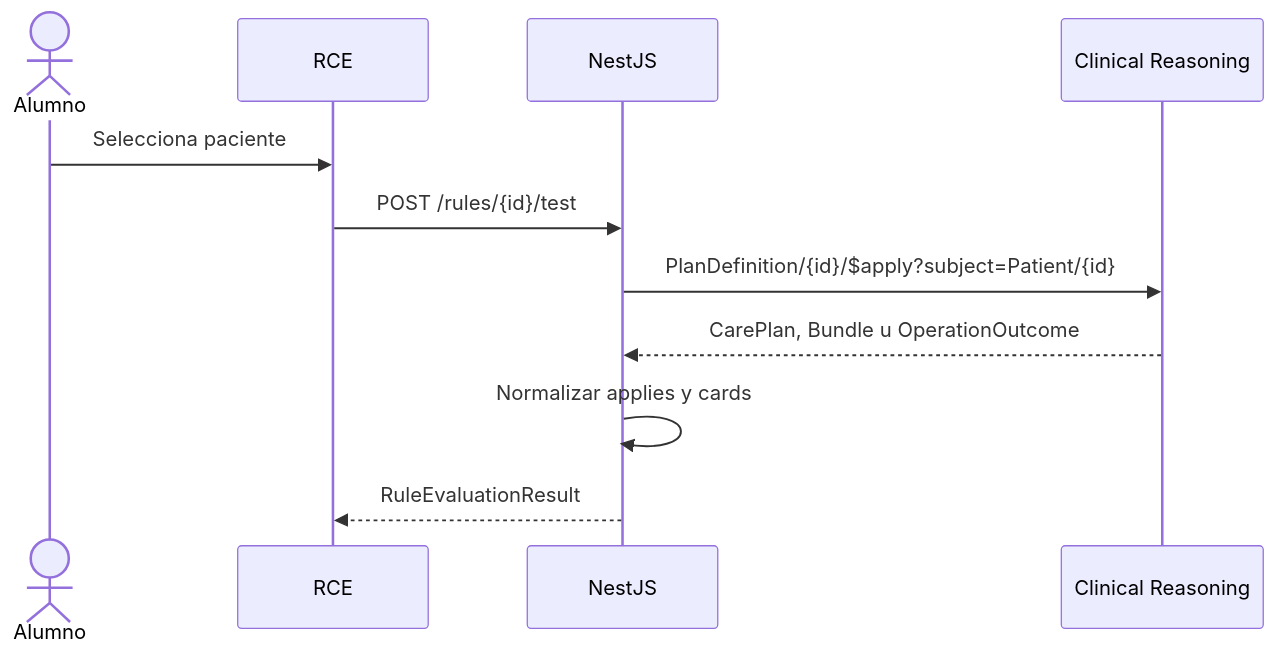
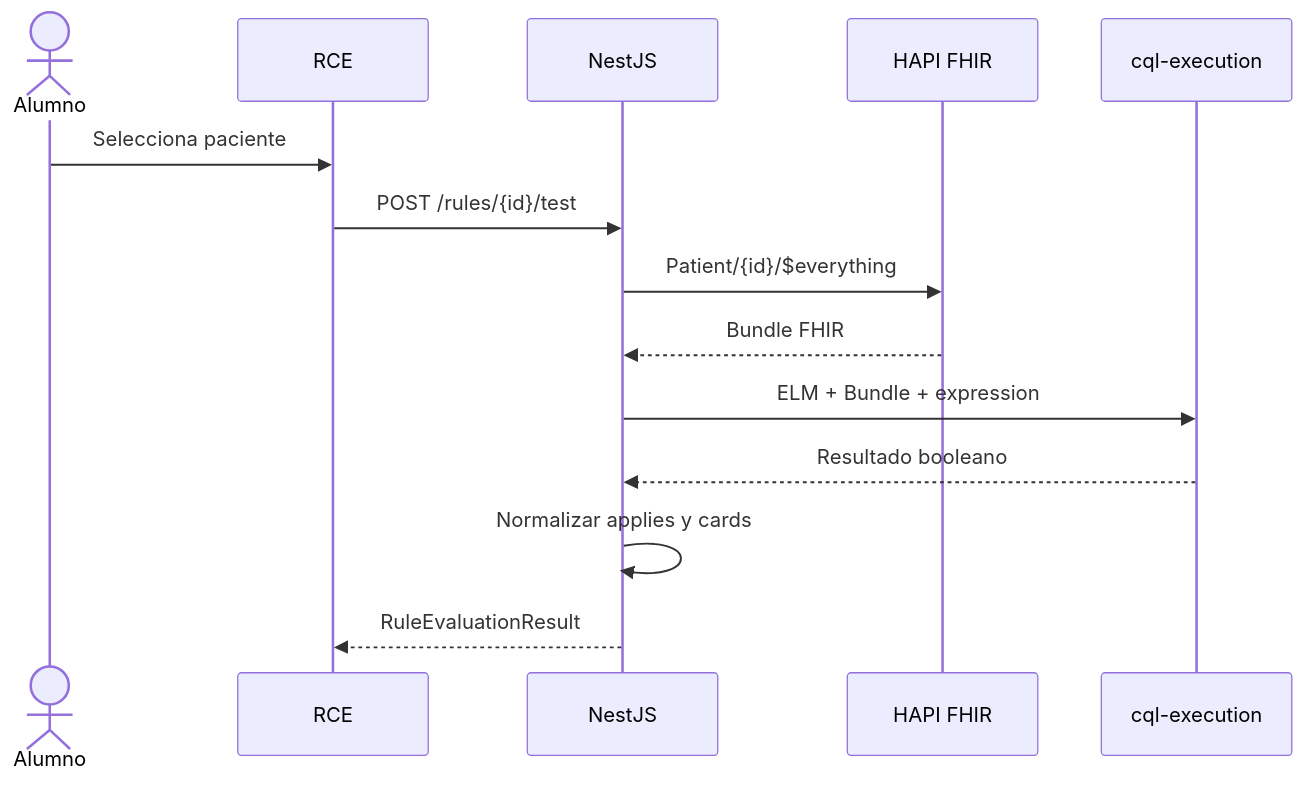
One commit to J0TTAA/RCE-CQL changed the seventh of 8 diagrams in docs/DESIGN.md. Above: the diagram before and after it, drawn with Mermaid. The commit also changed other lines of this file and 37 other files, not shown here.

Commit message:
Integrate RCE frontend with HAPI-backed API

````diff
--- a/docs/DESIGN.md
+++ b/docs/DESIGN.md
@@ -698,14 +695,17 @@
 ```mermaid
 sequenceDiagram
     actor User as Alumno
     participant UI as RCE
     participant API as NestJS
-    participant HAPI as Clinical Reasoning
+    participant HAPI as HAPI FHIR
+    participant Engine as cql-execution
 
     User->>UI: Selecciona paciente
     UI->>API: POST /rules/{id}/test
-    API->>HAPI: PlanDefinition/{id}/$apply?subject=Patient/{id}
-    HAPI-->>API: CarePlan, Bundle u OperationOutcome
+    API->>HAPI: Patient/{id}/$everything
+    HAPI-->>API: Bundle FHIR
+    API->>Engine: ELM + Bundle + expression
+    Engine-->>API: Resultado booleano
     API->>API: Normalizar applies y cards
     API-->>UI: RuleEvaluationResult
 ```
````
